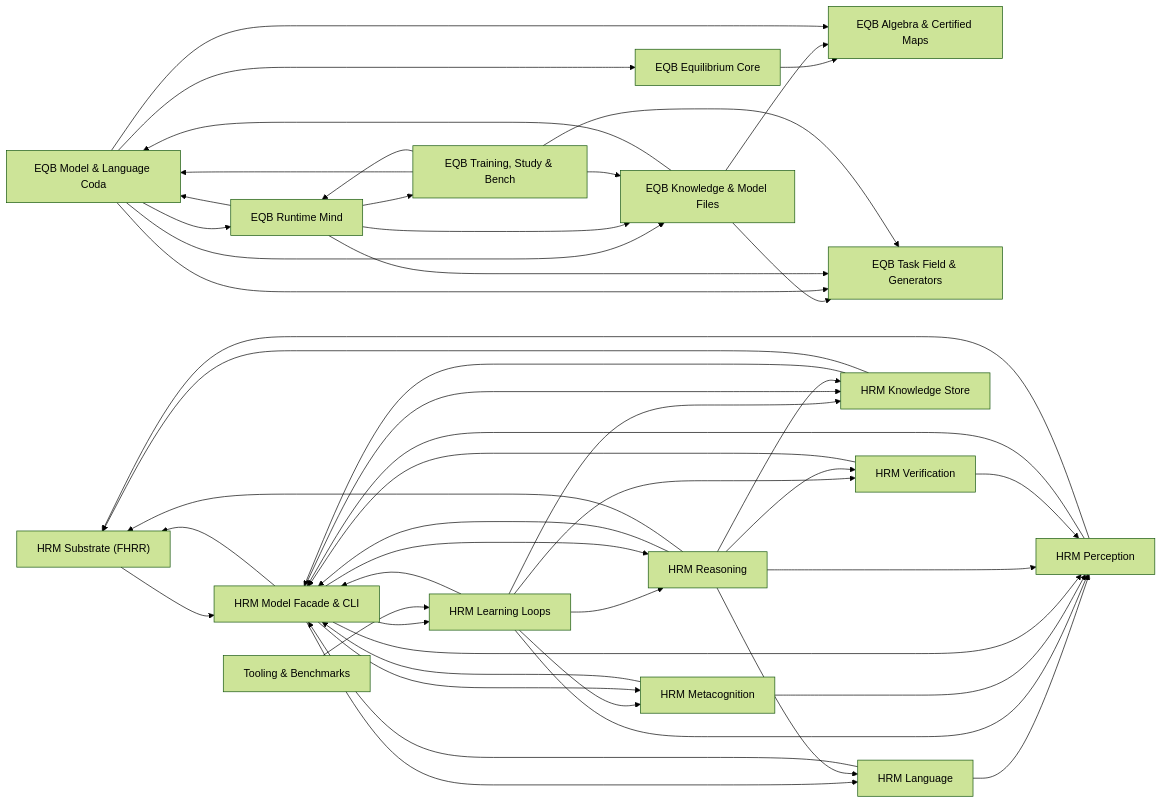
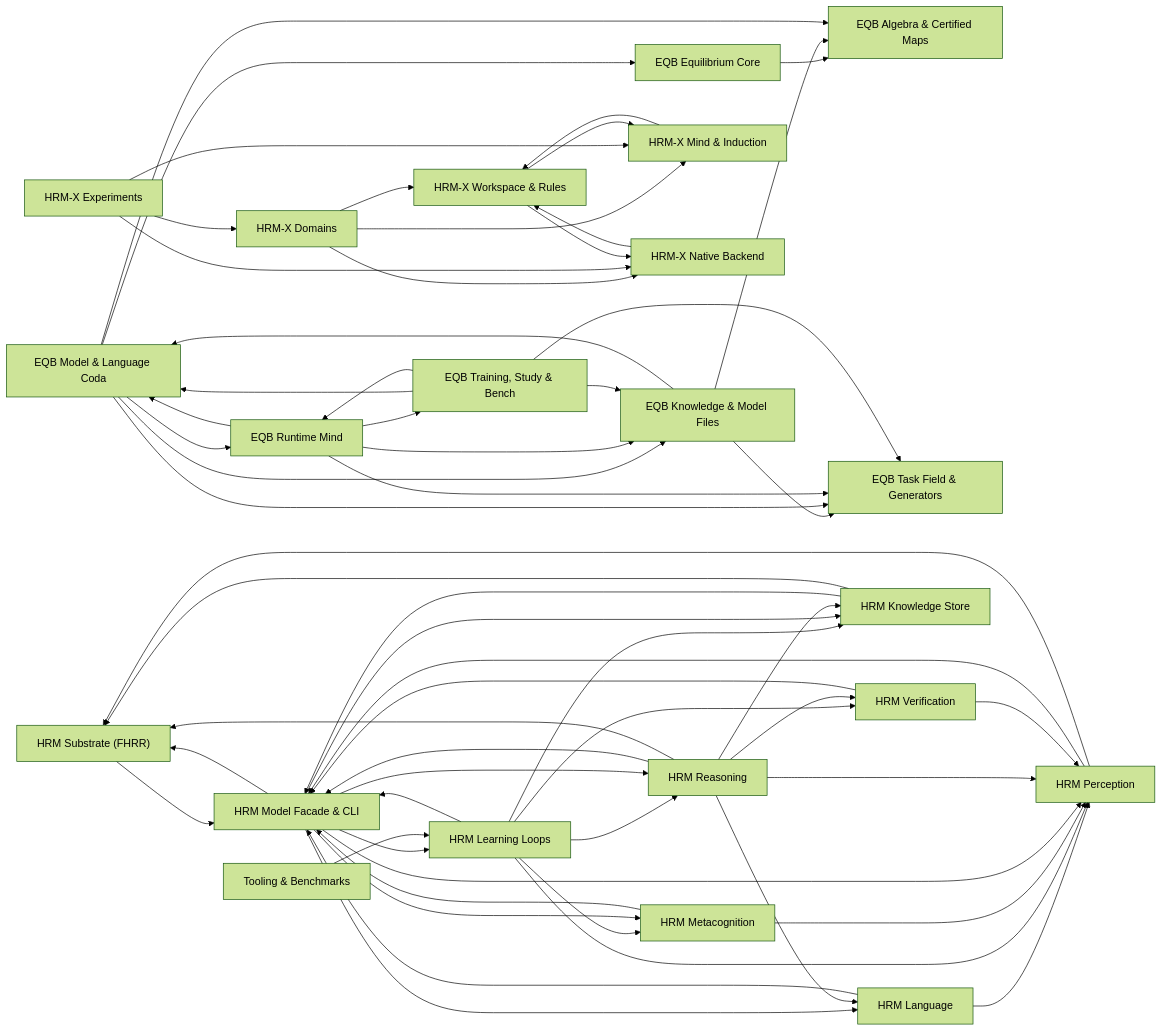
One commit to QuangNguyenPT/Demo-Equilibrium changed the diagram in vault/09 - Code Map/00 - Code Subsystems.md. Above: the diagram before and after it, drawn with Mermaid (forest theme). The commit also changed other lines of this file and 53 other files, not shown here.

First line of the commit message:
HRM-X v0.4: operator inference over structured situations + C++ backend (ADR-008)

````diff
--- a/vault/09 - Code Map/00 - Code Subsystems.md
+++ b/vault/09 - Code Map/00 - Code Subsystems.md
@@ -49,16 +49,21 @@
   S4["EQB Knowledge & Model Files"]
   S5["EQB Runtime Mind"]
   S6["EQB Training, Study & Bench"]
-  S7["HRM Substrate (FHRR)"]
-  S8["HRM Perception"]
-  S9["HRM Reasoning"]
-  S10["HRM Verification"]
-  S11["HRM Knowledge Store"]
-  S12["HRM Language"]
-  S13["HRM Metacognition"]
-  S14["HRM Learning Loops"]
-  S15["HRM Model Facade & CLI"]
-  S16["Tooling & Benchmarks"]
+  S7["HRM-X Workspace & Rules"]
+  S8["HRM-X Mind & Induction"]
+  S9["HRM-X Domains"]
+  S10["HRM-X Native Backend"]
+  S11["HRM-X Experiments"]
+  S12["HRM Substrate (FHRR)"]
+  S13["HRM Perception"]
+  S14["HRM Reasoning"]
+  S15["HRM Verification"]
+  S16["HRM Knowledge Store"]
+  S17["HRM Language"]
+  S18["HRM Metacognition"]
+  S19["HRM Learning Loops"]
+  S20["HRM Model Facade & CLI"]
+  S21["Tooling & Benchmarks"]
   S1 --> S0
   S4 --> S0
   S4 --> S2
@@ -76,35 +81,45 @@
   S6 --> S2
   S6 --> S5
   S6 --> S3
-  S11 --> S15
-  S11 --> S7
-  S12 --> S15
-  S12 --> S8
-  S14 --> S11
+  S16 --> S20
+  S16 --> S12
+  S17 --> S20
+  S17 --> S13
+  S19 --> S16
+  S19 --> S18
+  S19 --> S20
+  S19 --> S13
+  S19 --> S14
+  S19 --> S15
+  S18 --> S20
+  S18 --> S13
+  S20 --> S16
+  S20 --> S17
+  S20 --> S19
+  S20 --> S18
+  S20 --> S13
+  S20 --> S14
+  S20 --> S12
+  S13 --> S20
+  S13 --> S12
+  S14 --> S16
+  S14 --> S17
+  S14 --> S20
   S14 --> S13
+  S14 --> S12
   S14 --> S15
-  S14 --> S8
-  S14 --> S9
-  S14 --> S10
-  S13 --> S15
-  S13 --> S8
-  S15 --> S11
-  S15 --> S12
-  S15 --> S14
+  S12 --> S20
+  S15 --> S20
   S15 --> S13
-  S15 --> S8
-  S15 --> S9
-  S15 --> S7
-  S8 --> S15
+  S9 --> S8
+  S9 --> S10
+  S9 --> S7
+  S11 --> S9
+  S11 --> S8
+  S11 --> S10
   S8 --> S7
-  S9 --> S11
-  S9 --> S12
-  S9 --> S15
-  S9 --> S8
-  S9 --> S7
-  S9 --> S10
-  S7 --> S15
-  S10 --> S15
-  S10 --> S8
-  S16 --> S14
+  S10 --> S7
+  S7 --> S8
+  S7 --> S10
+  S21 --> S19
 ```
````
